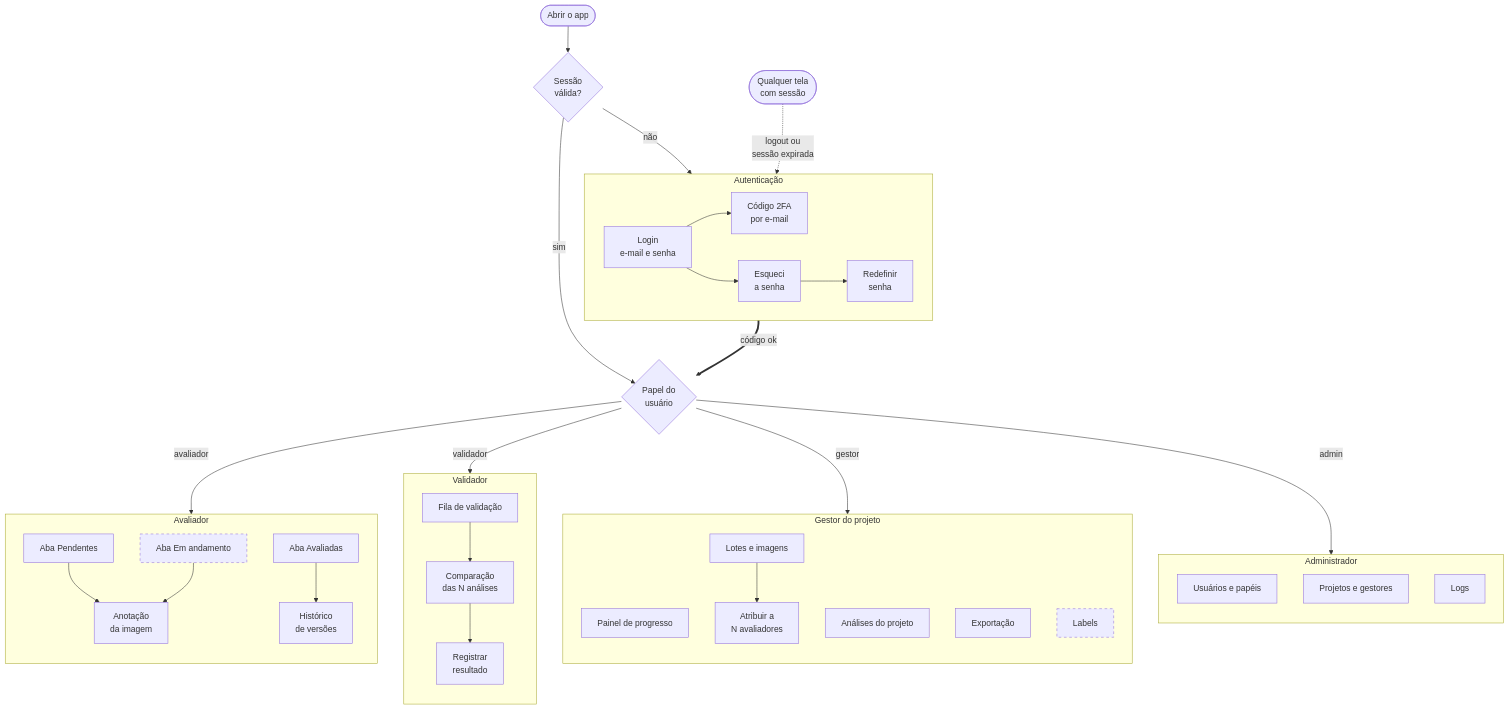
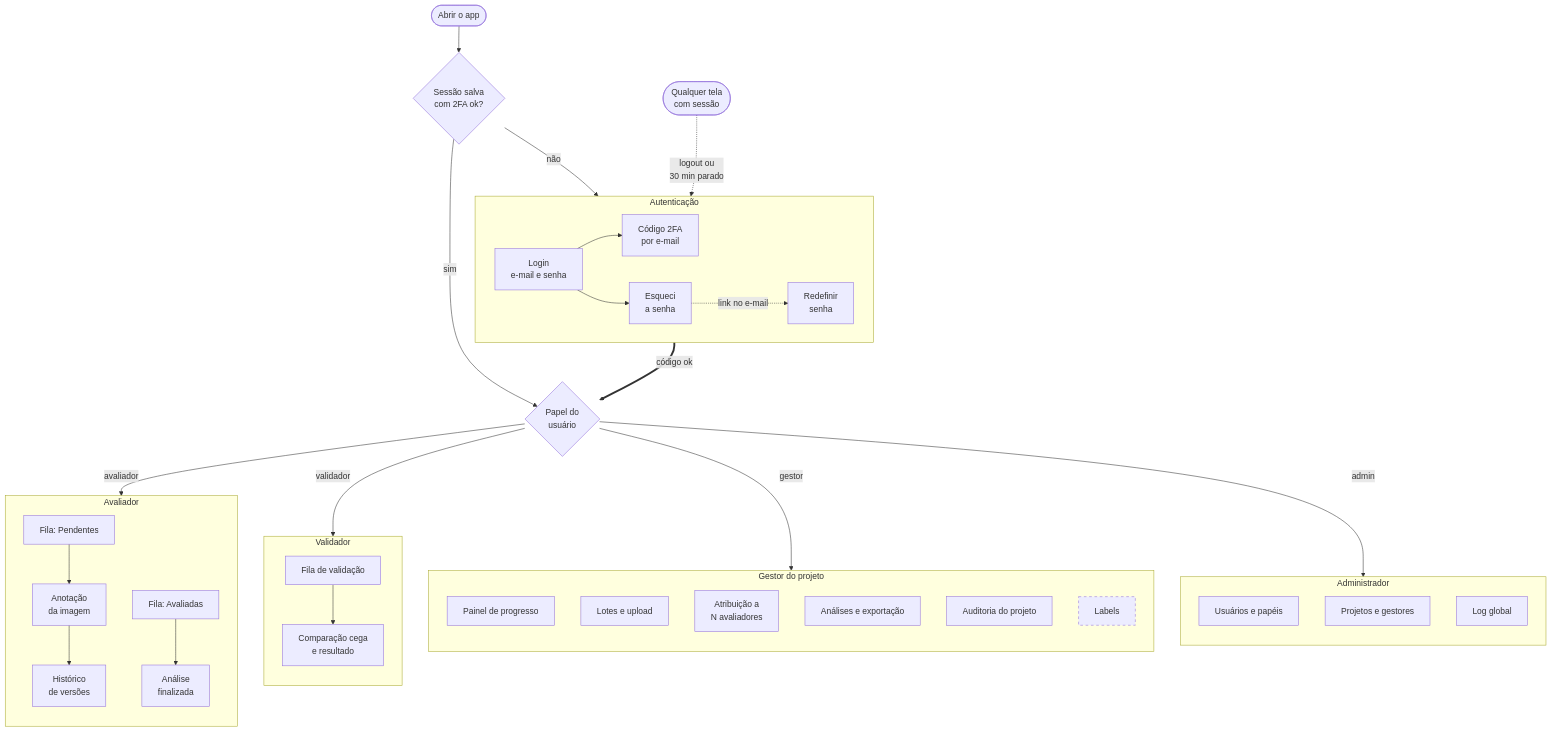
One commit to Matheus-Lordron/ki67 changed the fourth of 13 diagrams in docs/02-arquitetura.md. Above: the diagram before and after it, drawn with Mermaid. The commit also changed other lines of this file and 116 other files, not shown here.

````diff
--- a/docs/02-arquitetura.md
+++ b/docs/02-arquitetura.md
@@ -160,50 +167,51 @@
 ```mermaid
 flowchart TB
-    Abrir(["Abrir o app"]) --> Sessao{"Sessão<br/>válida?"}
+    Abrir(["Abrir o app"]) --> Sessao{"Sessão salva<br/>com 2FA ok?"}
     Sessao -- não --> Auth
     Sessao -- sim --> Papel{"Papel do<br/>usuário"}
-    Qualquer(["Qualquer tela<br/>com sessão"]) -.->|"logout ou<br/>sessão expirada"| Auth
+    Qualquer(["Qualquer tela<br/>com sessão"]) -.->|"logout ou<br/>30 min parado"| Auth
 
     subgraph Auth["Autenticação"]
         direction LR
         Login["Login<br/>e-mail e senha"] --> Codigo["Código 2FA<br/>por e-mail"]
-        Login --> Esqueci["Esqueci<br/>a senha"] --> Redefinir["Redefinir<br/>senha"]
+        Login --> Esqueci["Esqueci<br/>a senha"] -.->|"link no e-mail"| Redefinir["Redefinir<br/>senha"]
     end
     Auth ==>|"código ok"| Papel
 
     Papel -->|avaliador| Aval
     Papel -->|validador| Val
     Papel -->|gestor| Gest
     Papel -->|admin| Adm
 
     subgraph Aval["Avaliador"]
         direction TB
-        Pendentes["Aba Pendentes"] --> Anotacao["Anotação<br/>da imagem"]
-        Andamento["Aba Em andamento"] --> Anotacao
-        Avaliadas["Aba Avaliadas"] --> Historico["Histórico<br/>de versões"]
+        Pendentes["Fila: Pendentes"] --> Anotacao["Anotação<br/>da imagem"]
+        Anotacao --> Historico["Histórico<br/>de versões"]
+        Avaliadas["Fila: Avaliadas"] --> Finalizada["Análise<br/>finalizada"]
     end
 
     subgraph Val["Validador"]
         direction TB
-        Fila["Fila de validação"] --> Comparar["Comparação<br/>das N análises"] --> Resultado["Registrar<br/>resultado"]
+        Fila["Fila de validação"] --> Comparar["Comparação cega<br/>e resultado"]
     end
 
     subgraph Gest["Gestor do projeto"]
         direction TB
         Painel["Painel de progresso"]
-        Lotes["Lotes e imagens"] --> Atribuir["Atribuir a<br/>N avaliadores"]
-        Analises["Análises do projeto"]
-        Exportar["Exportação"]
+        Lotes["Lotes e upload"]
+        Atribuir["Atribuição a<br/>N avaliadores"]
+        Exportar["Análises e exportação"]
+        LogG["Auditoria do projeto"]
         Labels["Labels"]
     end
 
     subgraph Adm["Administrador"]
         direction TB
         Usuarios["Usuários e papéis"]
         Projetos["Projetos e gestores"]
-        Logs["Logs"]
+        Logs["Log global"]
     end
 
     classDef fase2 stroke-dasharray: 5 5
-    class Andamento,Labels fase2
+    class Labels fase2
 ```
````
